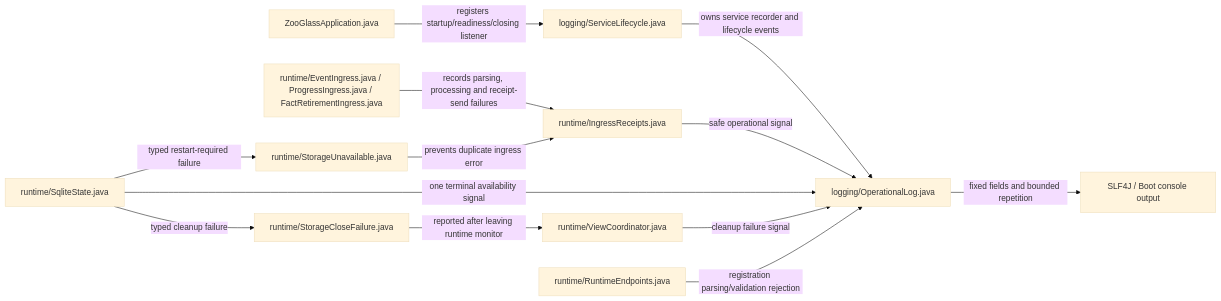
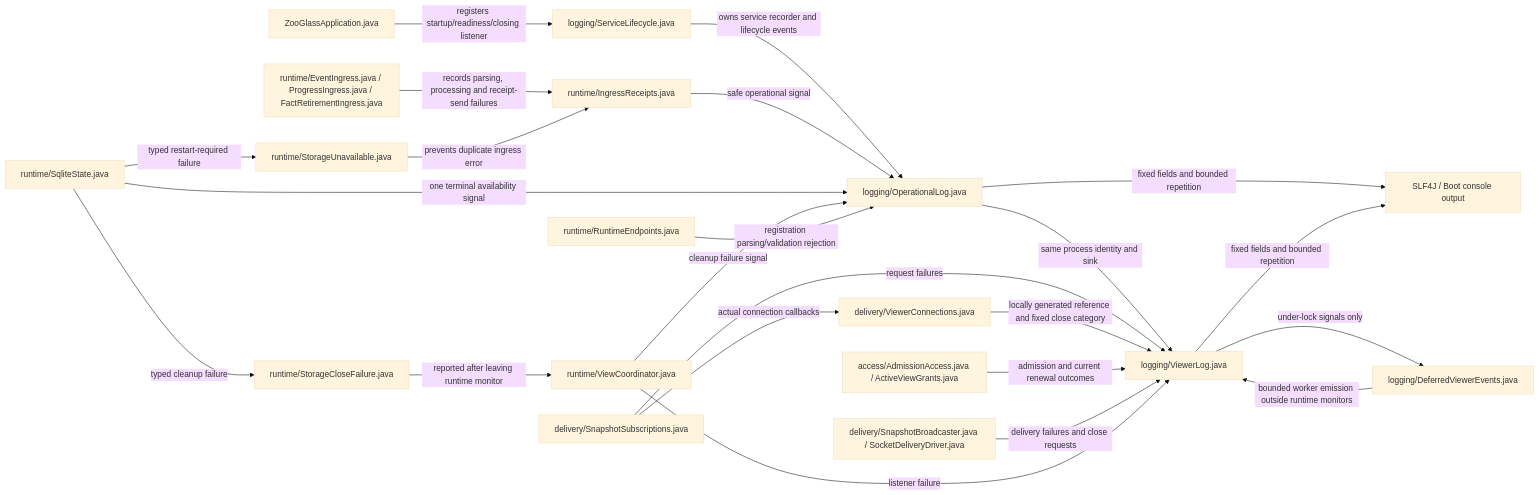
One commit to sproates/zooglass changed diagram 13 of 25 in zooglass/docs/source-map.md. Above: the diagram before and after it, drawn with Mermaid (base theme). The commit also changed other lines of this file and 26 other files, not shown here.

First line of the commit message:
Complete safe operational delivery and access logging (#209)

````diff
--- a/zooglass/docs/source-map.md
+++ b/zooglass/docs/source-map.md
@@ -275,15 +276,25 @@
 ```mermaid
 flowchart LR
   application["ZooGlassApplication.java"] -->|registers startup/readiness/closing listener| lifecycle["logging/ServiceLifecycle.java"]
   lifecycle -->|owns service recorder and lifecycle events| log["logging/OperationalLog.java"]
   log -->|fixed fields and bounded repetition| sink["SLF4J / Boot console output"]
   ingress["runtime/EventIngress.java / ProgressIngress.java / FactRetirementIngress.java"] -->|records parsing, processing and receipt-send failures| receipts["runtime/IngressReceipts.java"]
   receipts -->|safe operational signal| log
   state["runtime/SqliteState.java"] -->|one terminal availability signal| log
   state -->|typed restart-required failure| unavailable["runtime/StorageUnavailable.java"]
   unavailable -->|prevents duplicate ingress error| receipts
   state -->|typed cleanup failure| closeFailure["runtime/StorageCloseFailure.java"]
   closeFailure -->|reported after leaving runtime monitor| coordinator["runtime/ViewCoordinator.java"]
   coordinator -->|cleanup failure signal| log
   endpoints["runtime/RuntimeEndpoints.java"] -->|registration parsing/validation rejection| log
+  log -->|same process identity and sink| viewer["logging/ViewerLog.java"]
+  subscriptions["delivery/SnapshotSubscriptions.java"] -->|request failures| viewer
+  subscriptions -->|actual connection callbacks| references["delivery/ViewerConnections.java"]
+  references -->|locally generated reference and fixed close category| viewer
+  access["access/AdmissionAccess.java / ActiveViewGrants.java"] -->|admission and current renewal outcomes| viewer
+  delivery["delivery/SnapshotBroadcaster.java / SocketDeliveryDriver.java"] -->|delivery failures and close requests| viewer
+  coordinator -->|listener failure| viewer
+  viewer -->|under-lock signals only| deferred["logging/DeferredViewerEvents.java"]
+  deferred -->|bounded worker emission outside runtime monitors| viewer
+  viewer -->|fixed fields and bounded repetition| sink
 ```
````
